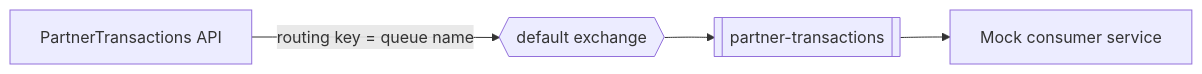
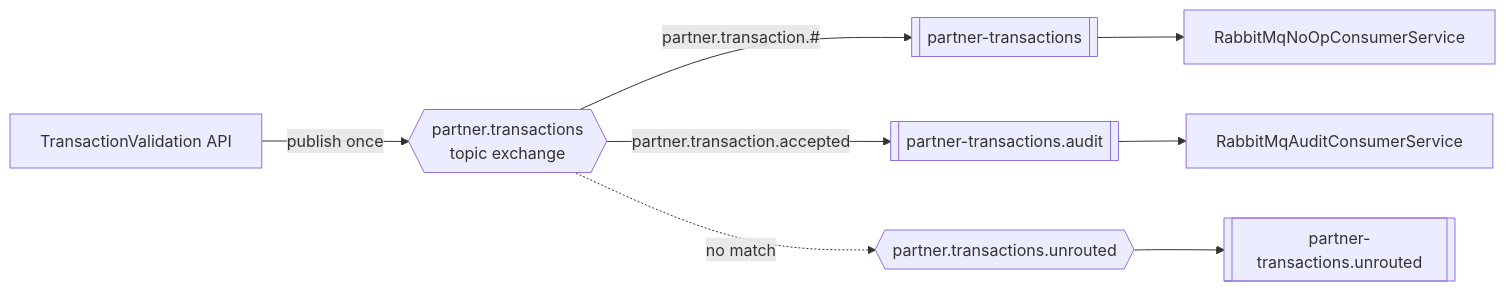
The first of 2 diagrams in docs/architecture_design/messaging_topology_and_consumer_routing.md (haudtech/transaction-validation), drawn with Mermaid before and after one commit. The commit also changed other lines of this file and 7 other files, not shown here.

First line of the commit message:
- Corrects E2E tests aligning to both mode: Real Azure service bus and RabbitMQ. - Updates docs

````diff
--- a/docs/architecture_design/messaging_topology_and_consumer_routing.md
+++ b/docs/architecture_design/messaging_topology_and_consumer_routing.md
@@ -35,6 +85,10 @@
 ```mermaid
 flowchart LR
-    API[PartnerTransactions API] -->|routing key = queue name| DE{{default exchange}}
-    DE --> Q[[partner-transactions]]
-    Q --> C[Mock consumer service]
+    API[TransactionValidation API] -->|publish once| EX{{partner.transactions<br/>topic exchange}}
+    EX -->|partner.transaction.#| Q1[[partner-transactions]]
+    EX -->|partner.transaction.accepted| Q2[[partner-transactions.audit]]
+    Q1 --> P[RabbitMqNoOpConsumerService]
+    Q2 --> A[RabbitMqAuditConsumerService]
+    EX -.no match.-> AE{{partner.transactions.unrouted}}
+    AE --> U[[partner-transactions.unrouted]]
 ```
````
